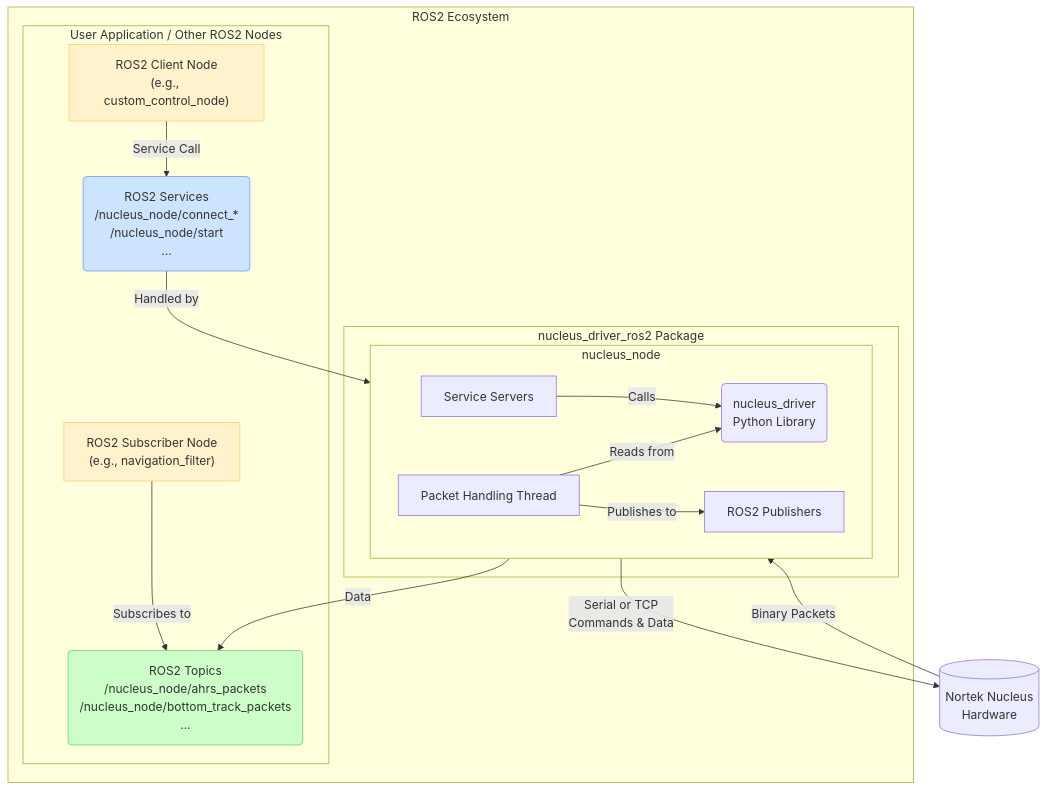
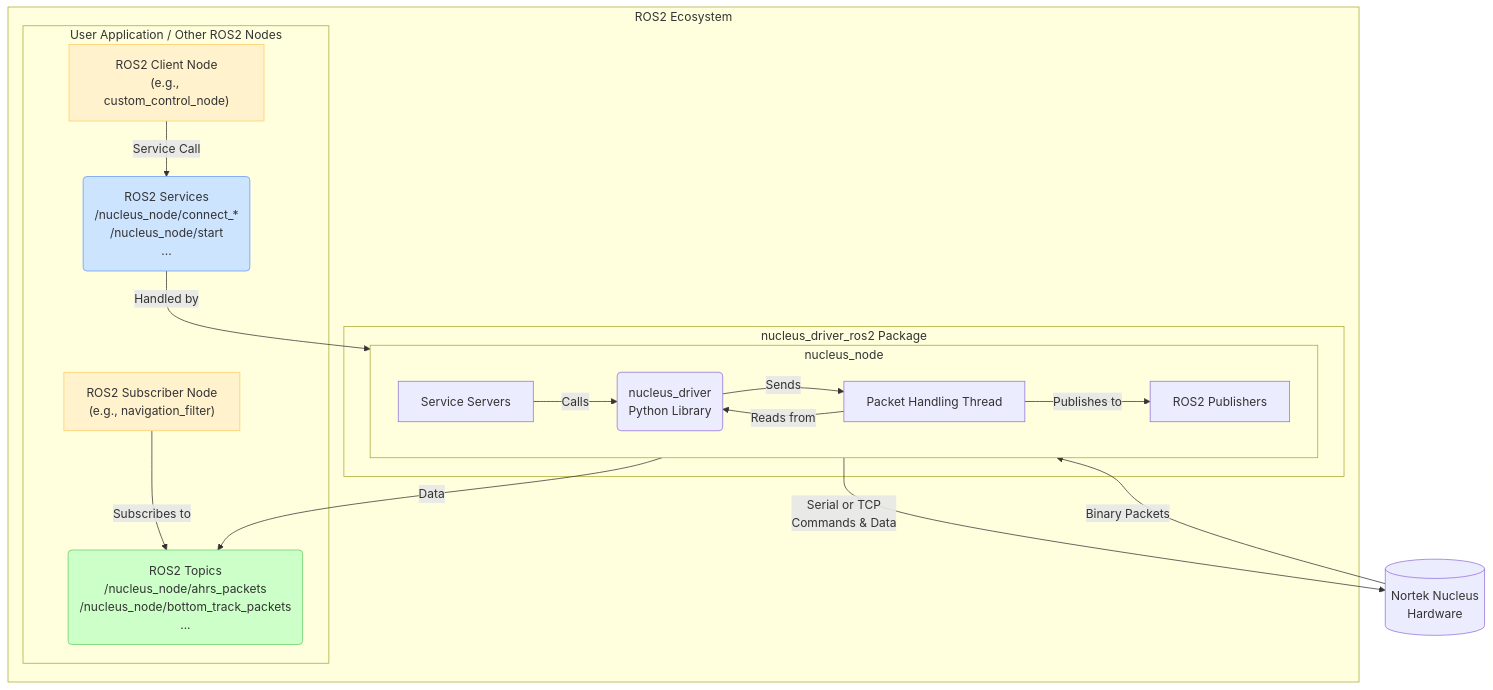
Before and after one commit to GSO-soslab/nucleus_driver: the first of 2 diagrams in ros2/docs/ROS2_WRAPPER_EXPLANATION.md, drawn with Mermaid.

````diff
--- a/ros2/docs/ROS2_WRAPPER_EXPLANATION.md
+++ b/ros2/docs/ROS2_WRAPPER_EXPLANATION.md
@@ -106,33 +106,34 @@
 ```mermaid
 graph TD
     subgraph ROS2 Ecosystem
         subgraph "User Application / Other ROS2 Nodes"
             A["ROS2 Client Node<br>(e.g., custom_control_node)"] -- Service Call --> S;
             B["ROS2 Subscriber Node<br>(e.g., navigation_filter)"] -- Subscribes to --> T;
         end
 
         subgraph "nucleus_driver_ros2 Package"
             S(ROS2 Services<br>/nucleus_node/connect_*<br>/nucleus_node/start<br>...)
             T(ROS2 Topics<br>/nucleus_node/ahrs_packets<br>/nucleus_node/bottom_track_packets<br>...)
             
             subgraph "nucleus_node"
                 direction LR
                 ServiceServers[Service Servers] -- Calls --> Driver;
                 PacketThread[Packet Handling Thread] -- Reads from --> Driver;
+                Driver -- Sends --> PacketThread[Packet Handling Thread];
                 Driver(nucleus_driver<br>Python Library);
                 PacketThread -- Publishes to --> Publishers[ROS2 Publishers];
             end
             
             S -- Handled by --> ServiceServers;
             Publishers -- Data --> T;
         end
     end
     
     Driver -- "Serial or TCP<br>Commands & Data" --> Device;
     Device[("Nortek Nucleus<br>Hardware")] -- Binary Packets --> Driver;
 
     style S fill:#cde4ff,stroke:#6699ff
     style T fill:#cdffc9,stroke:#66cc66
     style A fill:#fff2cd,stroke:#ffcc66
     style B fill:#fff2cd,stroke:#ffcc66
 ```
````
